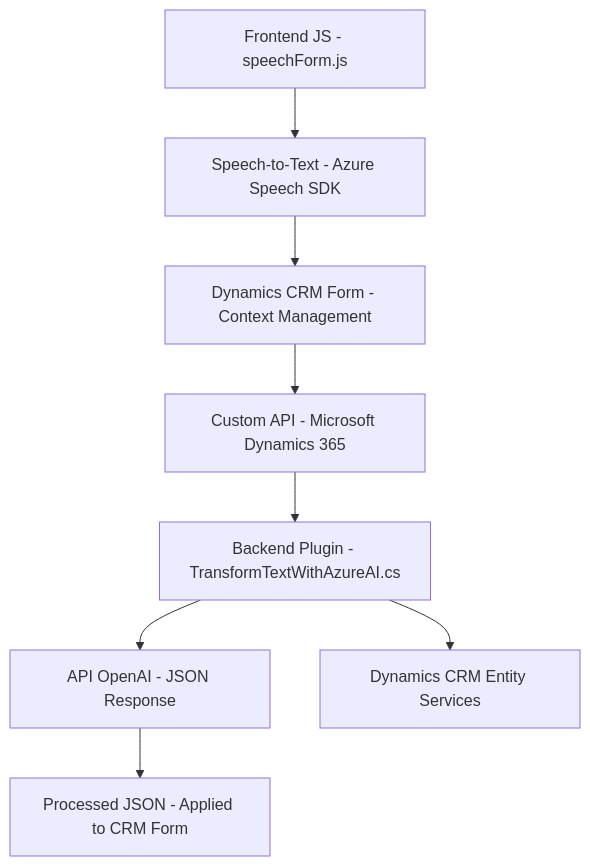
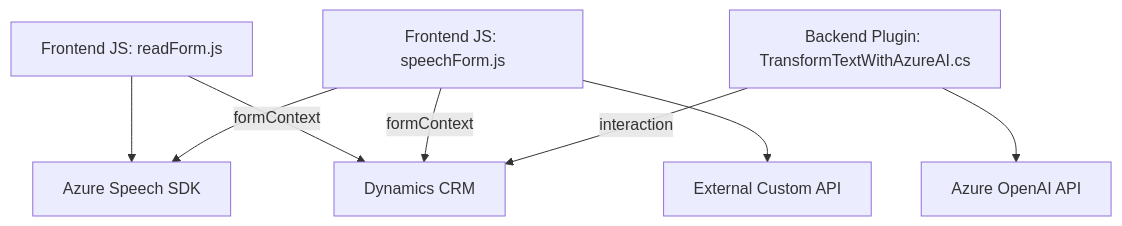
Before and after one commit to blopezdm/NETCORE_BILBAO2025: the diagram in README.md, drawn with Mermaid. The commit also changed other lines of this file, not shown here.

````diff
--- a/README.md
+++ b/README.md
@@ -57,10 +45,18 @@
 ```mermaid
 graph TD
-  A["Frontend JS - speechForm.js"] --> B["Speech-to-Text - Azure Speech SDK"]
-  B --> C["Dynamics CRM Form - Context Management"]
-  C --> D["Custom API - Microsoft Dynamics 365"]
-  D --> F["Backend Plugin - TransformTextWithAzureAI.cs"]
-  F --> G["API OpenAI - JSON Response"]
-  G --> H["Processed JSON - Applied to CRM Form"]
-  F --> I["Dynamics CRM Entity Services"]
+    A["Frontend JS: readForm.js"]
+    B["Frontend JS: speechForm.js"]
+    C["Backend Plugin: TransformTextWithAzureAI.cs"]
+    D["Dynamics CRM"]
+    E["Azure Speech SDK"]
+    F["Azure OpenAI API"]
+    G["External Custom API"]
+    
+    A --> E
+    B --> E
+    B --> G
+    A --formContext--> D
+    B --formContext--> D
+    C --interaction--> D
+    C --> F
 ```
````
